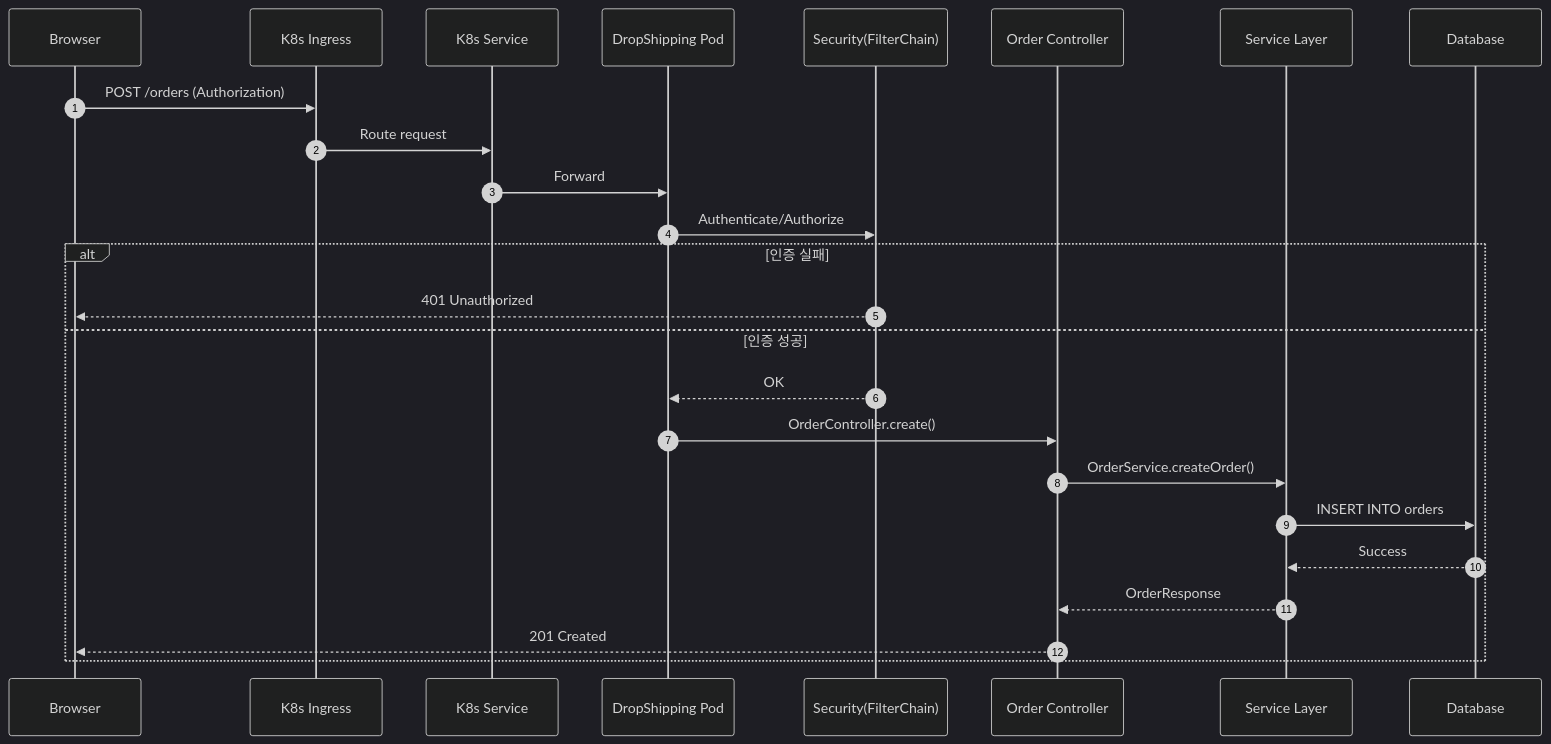
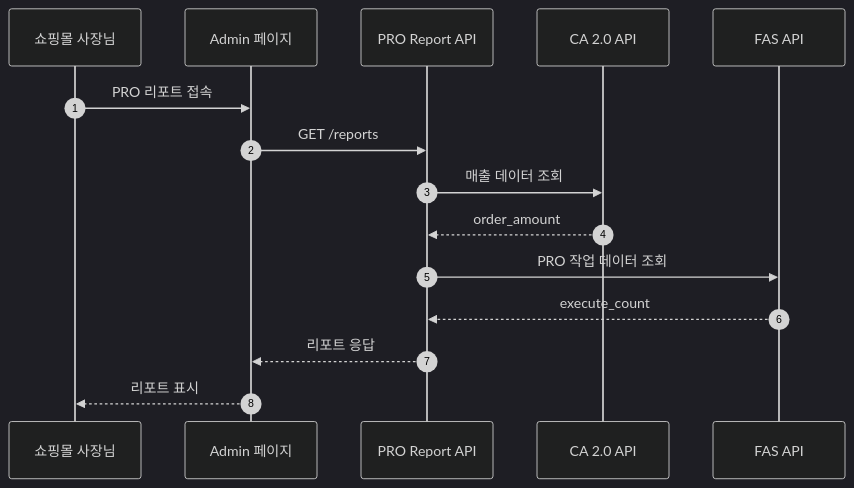
Before and after one commit to jyjung-mp/mp-proreport: the diagram in CLAUDE.md, drawn with Mermaid (dark theme). The commit also changed other lines of this file and 1 other file, not shown here.

````diff
--- a/CLAUDE.md
+++ b/CLAUDE.md
@@ -802,29 +488,18 @@
 ```mermaid
 sequenceDiagram
   autonumber
-  participant User as Browser
-  participant Ingress as K8s Ingress
-  participant Ksvc as K8s Service
-  participant App as DropShipping Pod
-  participant Sec as Security(FilterChain)
-  participant Ctl as Order Controller
-  participant Svc as Service Layer
-  participant DB as Database
+  participant User as 쇼핑몰 사장님
+  participant Admin as Admin 페이지
+  participant API as PRO Report API
+  participant CA as CA 2.0 API
+  participant FAS as FAS API
 
-  User->>Ingress: POST /orders (Authorization)
-  Ingress->>Ksvc: Route request
-  Ksvc->>App: Forward
-  App->>Sec: Authenticate/Authorize
-
-  alt 인증 실패
-    Sec-->>User: 401 Unauthorized
-  else 인증 성공
-    Sec-->>App: OK
-    App->>Ctl: OrderController.create()
-    Ctl->>Svc: OrderService.createOrder()
-    Svc->>DB: INSERT INTO orders
-    DB-->>Svc: Success
-    Svc-->>Ctl: OrderResponse
-    Ctl-->>User: 201 Created
-  end
+  User->>Admin: PRO 리포트 접속
+  Admin->>API: GET /reports
+  API->>CA: 매출 데이터 조회
+  CA-->>API: order_amount
+  API->>FAS: PRO 작업 데이터 조회
+  FAS-->>API: execute_count
+  API-->>Admin: 리포트 응답
+  Admin-->>User: 리포트 표시
 ```
````
